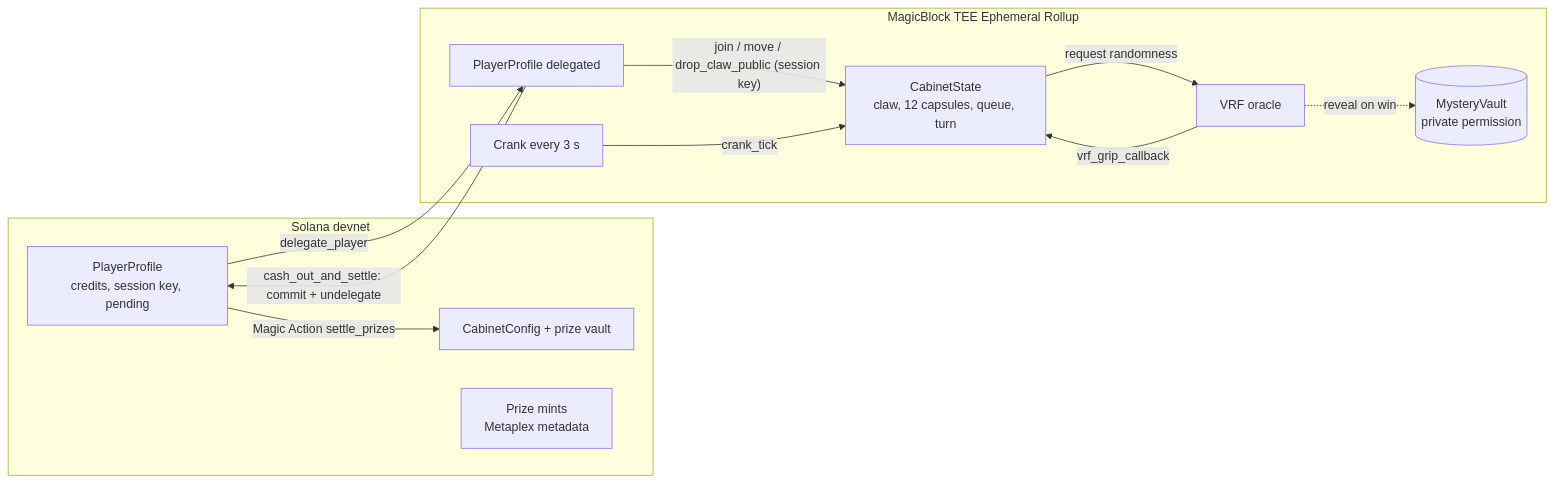
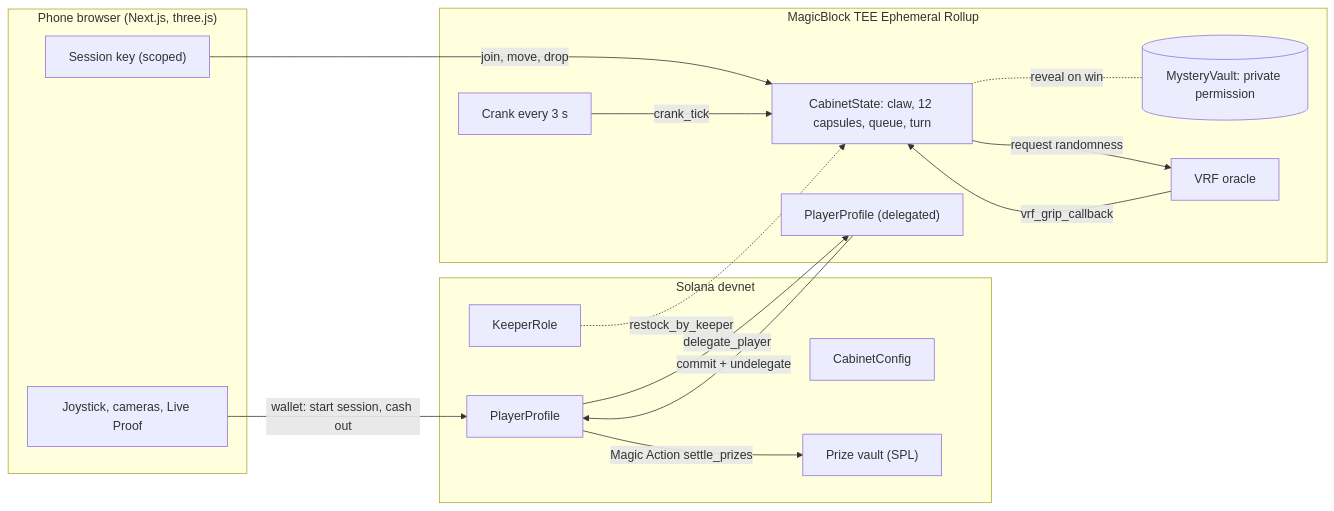
One commit to LSUDOKO/ClawRush changed the second of 2 diagrams in README.md. Above: the diagram before and after it, drawn with Mermaid. The commit also changed other lines of this file and 7 other files, not shown here.

````diff
--- a/README.md
+++ b/README.md
@@ -121,23 +158,30 @@
 ```mermaid
 flowchart LR
+  subgraph APP["Phone browser (Next.js, three.js)"]
+    UI["Joystick, cameras, Live Proof"]
+    SK["Session key (scoped)"]
+  end
   subgraph L1["Solana devnet"]
-    CFG[CabinetConfig + prize vault]
-    PROF1[PlayerProfile<br/>credits, session key, pending]
-    MINTS[Prize mints<br/>Metaplex metadata]
+    CFG["CabinetConfig"]
+    VAULT["Prize vault (SPL)"]
+    PROF1["PlayerProfile"]
+    KEEP["KeeperRole"]
   end
   subgraph ER["MagicBlock TEE Ephemeral Rollup"]
-    CAB[CabinetState<br/>claw, 12 capsules, queue, turn]
-    PROF2[PlayerProfile delegated]
-    MYS[(MysteryVault<br/>private permission)]
-    VRF[VRF oracle]
-    CRANK[Crank every 3 s]
+    CAB["CabinetState: claw, 12 capsules, queue, turn"]
+    PROF2["PlayerProfile (delegated)"]
+    MYS[("MysteryVault: private permission")]
+    VRF["VRF oracle"]
+    CRANK["Crank every 3 s"]
   end
-  PROF1 -- delegate_player --> PROF2
-  PROF2 -- "join / move / drop_claw_public (session key)" --> CAB
-  CAB -- request randomness --> VRF
-  VRF -- vrf_grip_callback --> CAB
-  VRF -. reveal on win .-> MYS
-  CRANK -- crank_tick --> CAB
-  PROF2 -- "cash_out_and_settle: commit + undelegate" --> PROF1
-  PROF1 -- "Magic Action settle_prizes" --> CFG
+  UI -- "wallet: start session, cash out" --> PROF1
+  SK -- "join, move, drop" --> CAB
+  PROF1 -- "delegate_player" --> PROF2
+  CAB -- "request randomness" --> VRF
+  VRF -- "vrf_grip_callback" --> CAB
+  CAB -. "reveal on win" .- MYS
+  CRANK -- "crank_tick" --> CAB
+  KEEP -. "restock_by_keeper" .-> CAB
+  PROF2 -- "commit + undelegate" --> PROF1
+  PROF1 -- "Magic Action settle_prizes" --> VAULT
 ```
````
